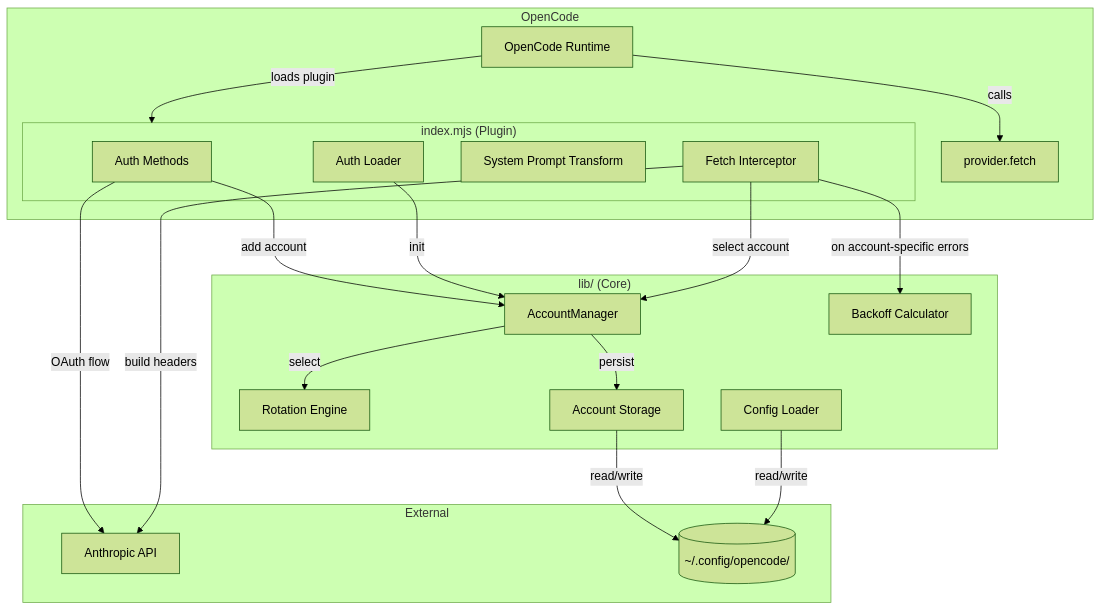
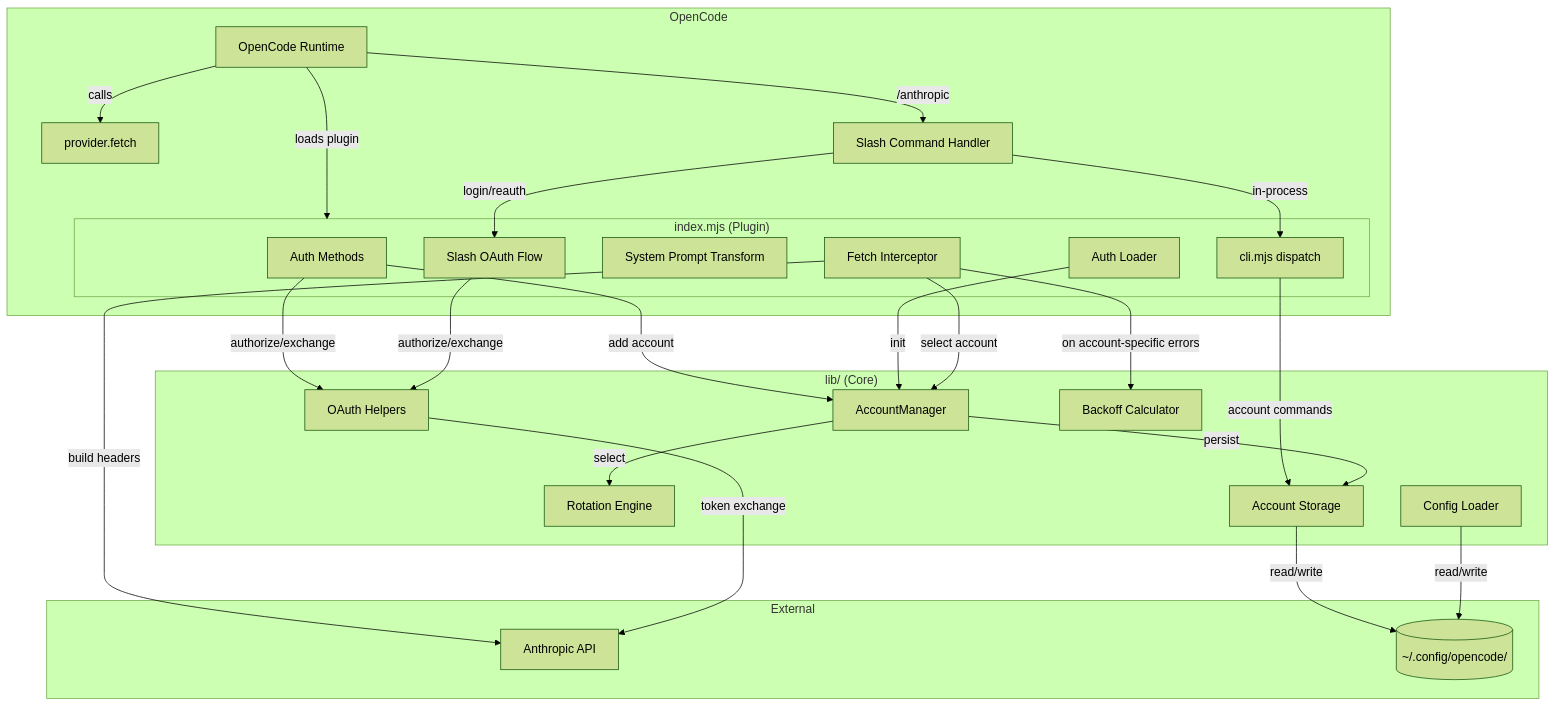
Before and after one commit to marco-jardim/opencode-anthropic-fix: the first of 7 diagrams in CONTRIBUTING.md, drawn with Mermaid (forest theme). The commit also changed other lines of this file and 1 other file, not shown here.

First line of the commit message:
docs: update README and CONTRIBUTING for auth commands and slash commands

````diff
--- a/CONTRIBUTING.md
+++ b/CONTRIBUTING.md
@@ -54,38 +73,45 @@
 ```mermaid
 graph TB
     subgraph OpenCode
         OC[OpenCode Runtime] -->|loads plugin| Plugin
         OC -->|calls| Fetch[provider.fetch]
+        OC -->|/anthropic| SlashCmd[Slash Command Handler]
     end
 
     subgraph Plugin["index.mjs (Plugin)"]
         Auth[Auth Methods]
         Loader[Auth Loader]
         SysTransform[System Prompt Transform]
         FetchInterceptor[Fetch Interceptor]
+        SlashCmd -->|in-process| CLI[cli.mjs dispatch]
+        SlashCmd -->|login/reauth| OAuthFlow[Slash OAuth Flow]
     end
 
     subgraph Core["lib/ (Core)"]
+        OAuth[OAuth Helpers]
         AM[AccountManager]
         Rotation[Rotation Engine]
         Backoff[Backoff Calculator]
         Config[Config Loader]
         Storage[Account Storage]
     end
 
     subgraph External
         Anthropic[Anthropic API]
         Disk[(~/.config/opencode/)]
     end
 
-    Auth -->|OAuth flow| Anthropic
+    Auth -->|authorize/exchange| OAuth
+    OAuthFlow -->|authorize/exchange| OAuth
+    CLI -->|account commands| Storage
     Auth -->|add account| AM
     Loader -->|init| AM
     FetchInterceptor -->|select account| AM
     FetchInterceptor -->|build headers| Anthropic
     FetchInterceptor -->|on account-specific errors| Backoff
     AM -->|select| Rotation
     AM -->|persist| Storage
     Storage -->|read/write| Disk
     Config -->|read/write| Disk
+    OAuth -->|token exchange| Anthropic
 ```
````
